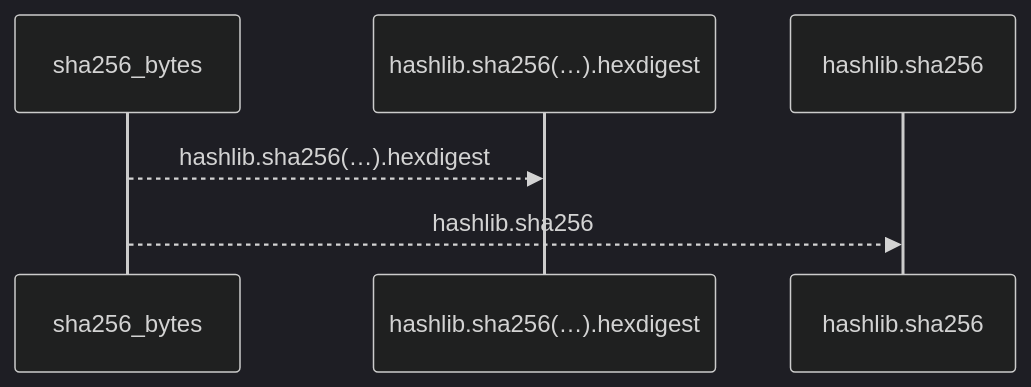
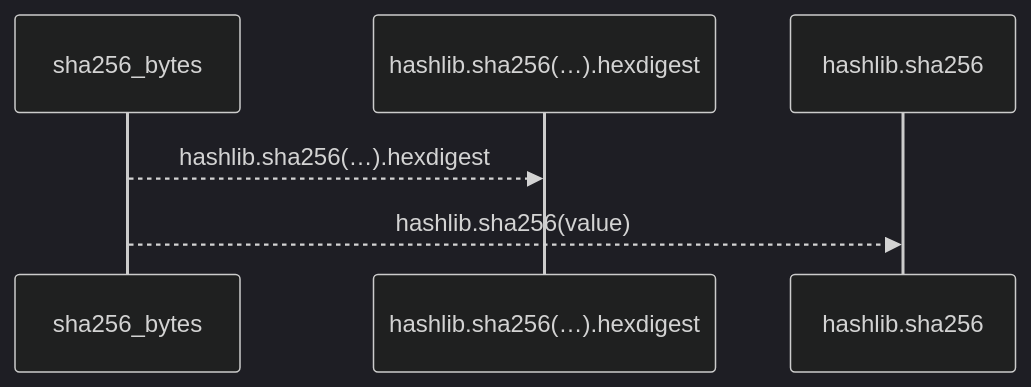
The first of 2 diagrams in docs/llm_wiki/flows/api-sha256_bytes.md (Denissvgn/python-wiki-llm), drawn with Mermaid (dark theme) before and after one commit. The commit also changed other lines of this file and 1410 other files, not shown here.

````diff
--- a/docs/llm_wiki/flows/api-sha256_bytes.md
+++ b/docs/llm_wiki/flows/api-sha256_bytes.md
@@ -10,8 +12,8 @@
 ```mermaid
 sequenceDiagram
     participant p0 as sha256_bytes
     participant p1 as hashlib.sha256(…).hexdigest
     participant p2 as hashlib.sha256
     p0-->>p1: hashlib.sha256(…).hexdigest
-    p0-->>p2: hashlib.sha256
+    p0-->>p2: hashlib.sha256(value)
 ```
````
